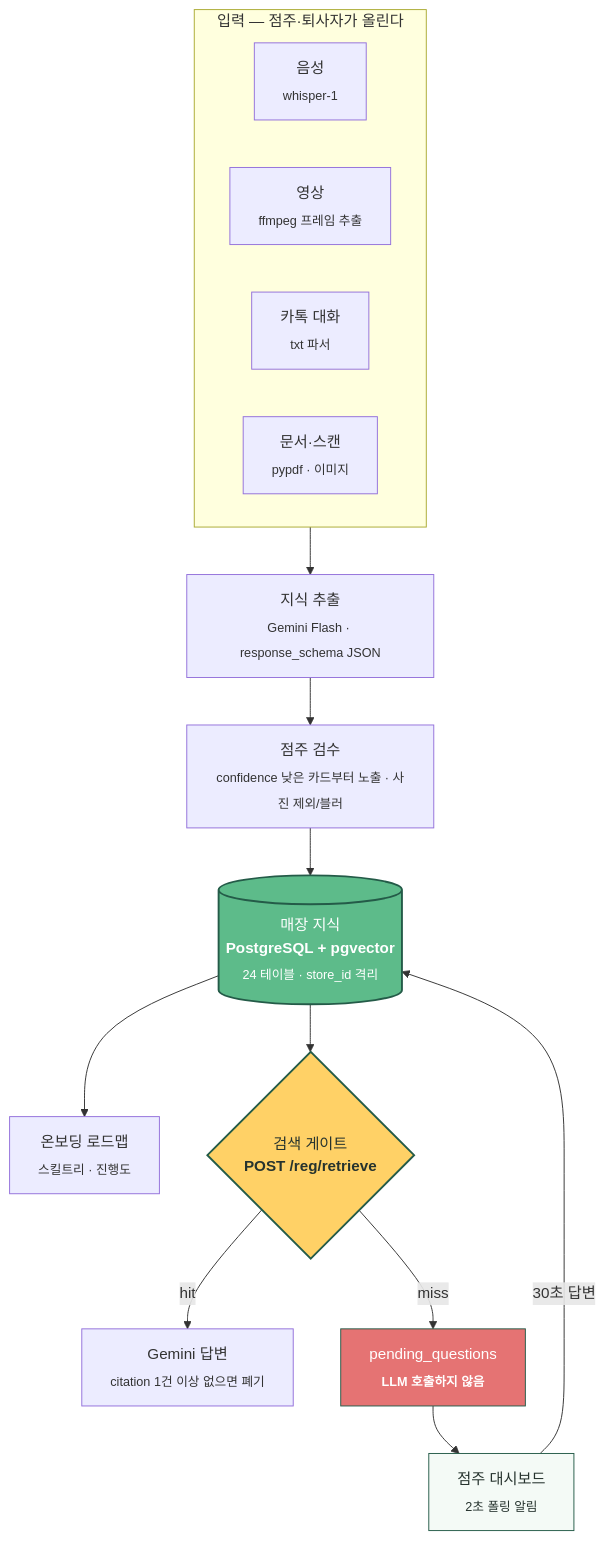
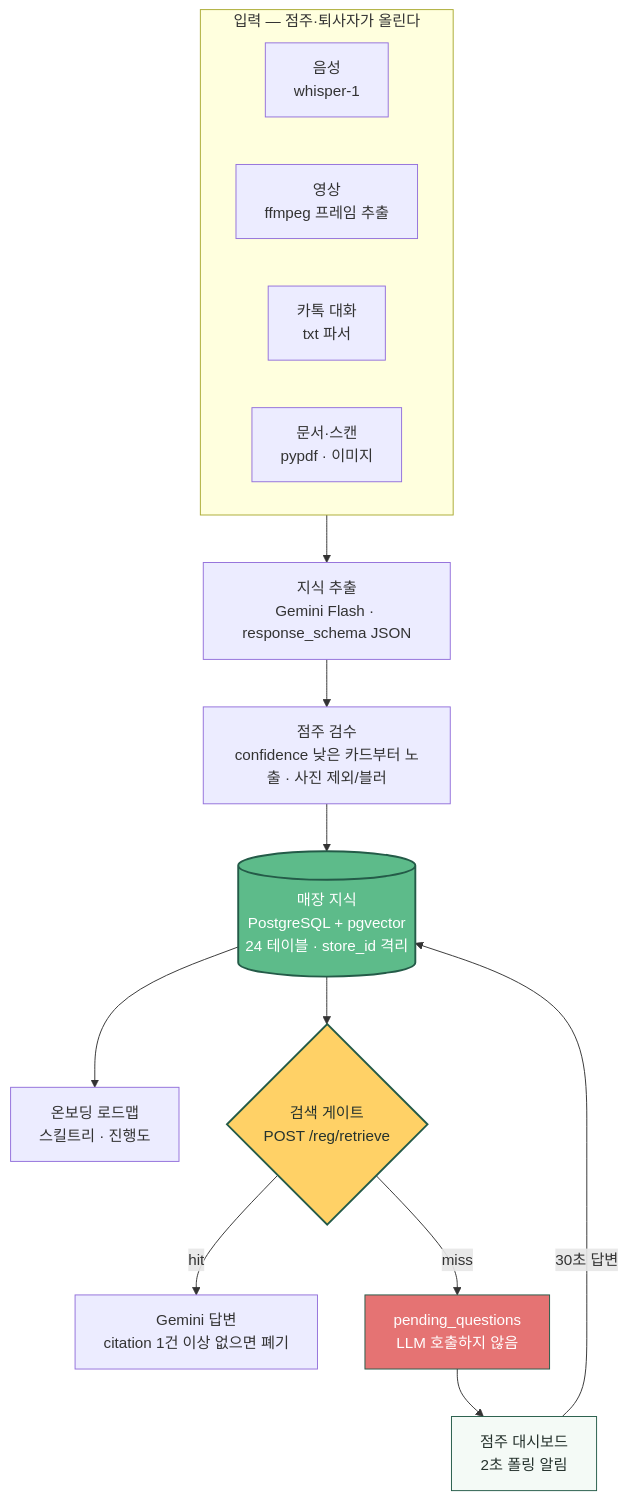
One commit to 2026-Unithon/AskBuddy changed the diagram in README.md. Above: the diagram before and after it, drawn with Mermaid.

Commit message:
[docs] 아키텍처 다이어그램에서 GitHub Mermaid가 못 읽을 수 있는 태그를 뺀다

````diff
--- a/README.md
+++ b/README.md
@@ -54,28 +54,28 @@
 ```mermaid
 flowchart TD
     subgraph IN [" 입력 — 점주·퇴사자가 올린다 "]
         direction LR
-        A1["음성<br/><sub>whisper-1</sub>"]
-        A2["영상<br/><sub>ffmpeg 프레임 추출</sub>"]
-        A3["카톡 대화<br/><sub>txt 파서</sub>"]
-        A4["문서·스캔<br/><sub>pypdf · 이미지</sub>"]
+        A1["음성<br/>whisper-1"]
+        A2["영상<br/>ffmpeg 프레임 추출"]
+        A3["카톡 대화<br/>txt 파서"]
+        A4["문서·스캔<br/>pypdf · 이미지"]
     end
 
-    IN --> EX["지식 추출<br/><sub>Gemini Flash · response_schema JSON</sub>"]
-    EX --> RV["점주 검수<br/><sub>confidence 낮은 카드부터 노출 · 사진 제외/블러</sub>"]
-    RV --> DB[("매장 지식<br/><b>PostgreSQL + pgvector</b><br/><sub>24 테이블 · store_id 격리</sub>")]
+    IN --> EX["지식 추출<br/>Gemini Flash · response_schema JSON"]
+    EX --> RV["점주 검수<br/>confidence 낮은 카드부터 노출 · 사진 제외/블러"]
+    RV --> DB[("매장 지식<br/>PostgreSQL + pgvector<br/>24 테이블 · store_id 격리")]
 
-    DB --> RM["온보딩 로드맵<br/><sub>스킬트리 · 진행도</sub>"]
-    DB --> GATE{"검색 게이트<br/><b>POST /reg/retrieve</b>"}
+    DB --> RM["온보딩 로드맵<br/>스킬트리 · 진행도"]
+    DB --> GATE{"검색 게이트<br/>POST /reg/retrieve"}
 
-    GATE -->|hit| ANS["Gemini 답변<br/><sub>citation 1건 이상 없으면 폐기</sub>"]
-    GATE -->|miss| PQ["pending_questions<br/><sub><b>LLM 호출하지 않음</b></sub>"]
+    GATE -->|hit| ANS["Gemini 답변<br/>citation 1건 이상 없으면 폐기"]
+    GATE -->|miss| PQ["pending_questions<br/>LLM 호출하지 않음"]
 
-    PQ --> OW["점주 대시보드<br/><sub>2초 폴링 알림</sub>"]
+    PQ --> OW["점주 대시보드<br/>2초 폴링 알림"]
     OW -->|"30초 답변"| DB
 
     style GATE fill:#FFD166,stroke:#245B48,stroke-width:2px,color:#26332E
     style PQ fill:#E57373,stroke:#245B48,color:#fff
     style DB fill:#5DBB8A,stroke:#245B48,stroke-width:2px,color:#fff
     style OW fill:#F4FAF6,stroke:#245B48,color:#26332E
 ```
````
